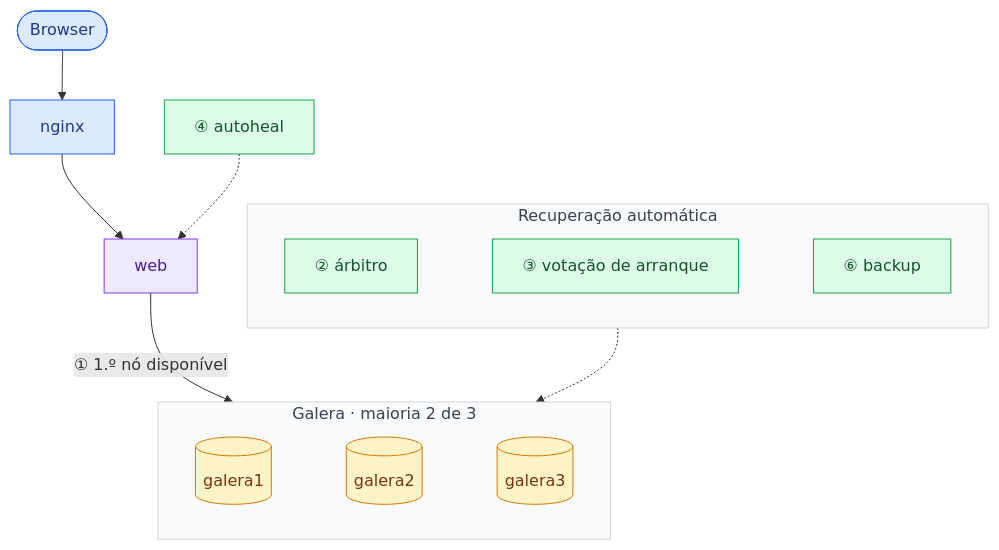
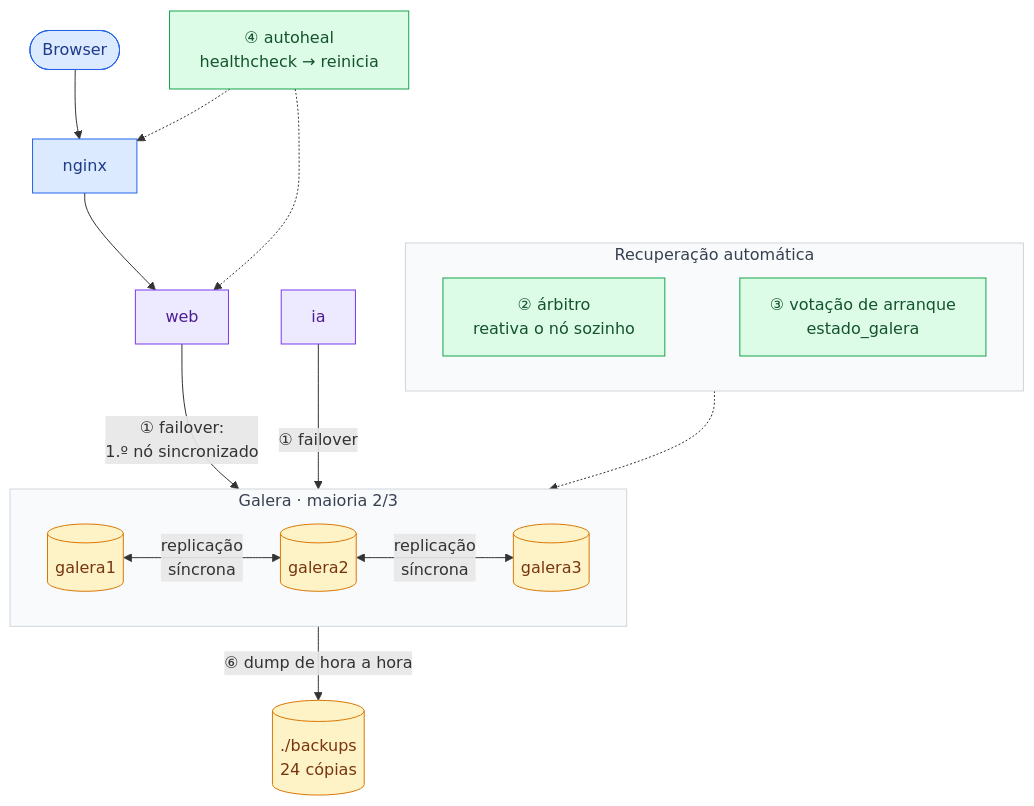
The diagram in docs/Diagramas/05-tolerancia-a-faltas.md (HamiltonPrado/Perdidos-e-Achados-IADE), drawn with Mermaid before and after one commit. The commit also changed other lines of this file and 1 other file, not shown here.

Commit message:
Diagrama de infraestrutura distribuída: mecanismos de redundância e tolerância a faltas

````diff
--- a/docs/Diagramas/05-tolerancia-a-faltas.md
+++ b/docs/Diagramas/05-tolerancia-a-faltas.md
@@ -8,36 +10,37 @@
 ```mermaid
 flowchart TB
     U(["Browser"]) --> NG["nginx"] --> WB["web"]
-    AH["④ autoheal"] -.-> WB
+    AH["④ autoheal<br/>healthcheck → reinicia"] -.-> NG
+    AH -.-> WB
+    IA["ia"]
 
-    WB -- "① 1.º nó disponível" --> CL
+    subgraph CL["Galera · maioria 2/3"]
+        direction LR
+        G1[("galera1")] <-- "replicação<br/>síncrona" --> G2[("galera2")] <-- "replicação<br/>síncrona" --> G3[("galera3")]
+    end
 
-    subgraph CL["Galera · maioria 2 de 3"]
-        direction LR
-        G1[("galera1")]
-        G2[("galera2")]
-        G3[("galera3")]
-        G1 ~~~ G2 ~~~ G3
-    end
+    WB -- "① failover:<br/>1.º nó sincronizado" --> CL
+    IA -- "① failover" --> CL
 
     subgraph REC["Recuperação automática"]
         direction LR
-        AR["② árbitro"]
-        VE["③ votação de arranque"]
-        BK["⑥ backup"]
-        AR ~~~ VE ~~~ BK
+        AR["② árbitro<br/>reativa o nó sozinho"]
+        VE["③ votação de arranque<br/>estado_galera"]
+        AR ~~~ VE
     end
+    REC -.-> CL
 
-    REC -.-> CL
+    CL -- "⑥ dump de hora a hora" --> BK[("./backups<br/>24 cópias")]
 
     classDef entrada fill:#dbeafe,stroke:#2563eb,color:#1e3a8a
     classDef app fill:#ede9fe,stroke:#7c3aed,color:#4c1d95
+    classDef ia fill:#dcfce7,stroke:#16a34a,color:#14532d
     classDef apoio fill:#dcfce7,stroke:#16a34a,color:#14532d
     classDef dados fill:#fef3c7,stroke:#d97706,color:#78350f
     class U,NG entrada
-    class WB app
-    class AH,AR,VE,BK apoio
-    class G1,G2,G3 dados
+    class WB,IA app
+    class AH,AR,VE apoio
+    class G1,G2,G3,BK dados
     style CL fill:#f9fafb,stroke:#d1d5db,color:#374151
     style REC fill:#f9fafb,stroke:#d1d5db,color:#374151
 ```
````
